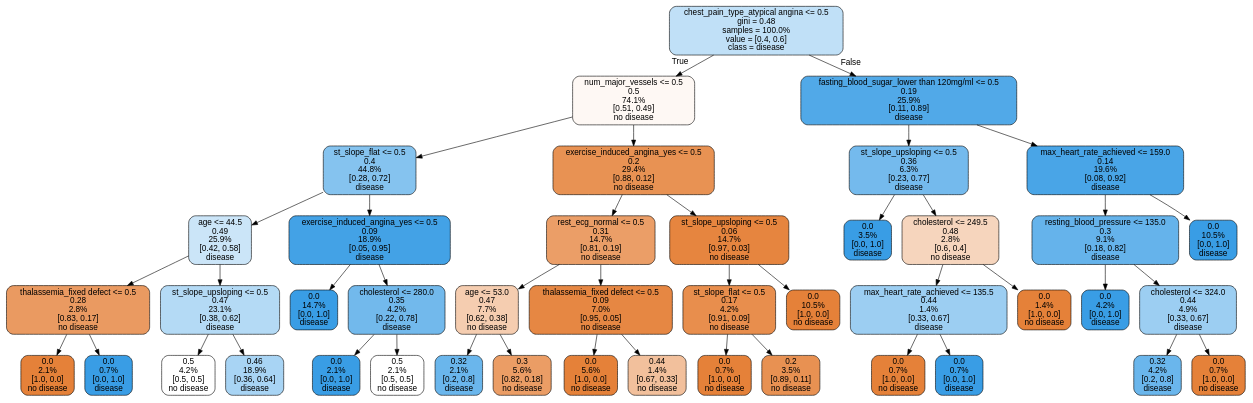
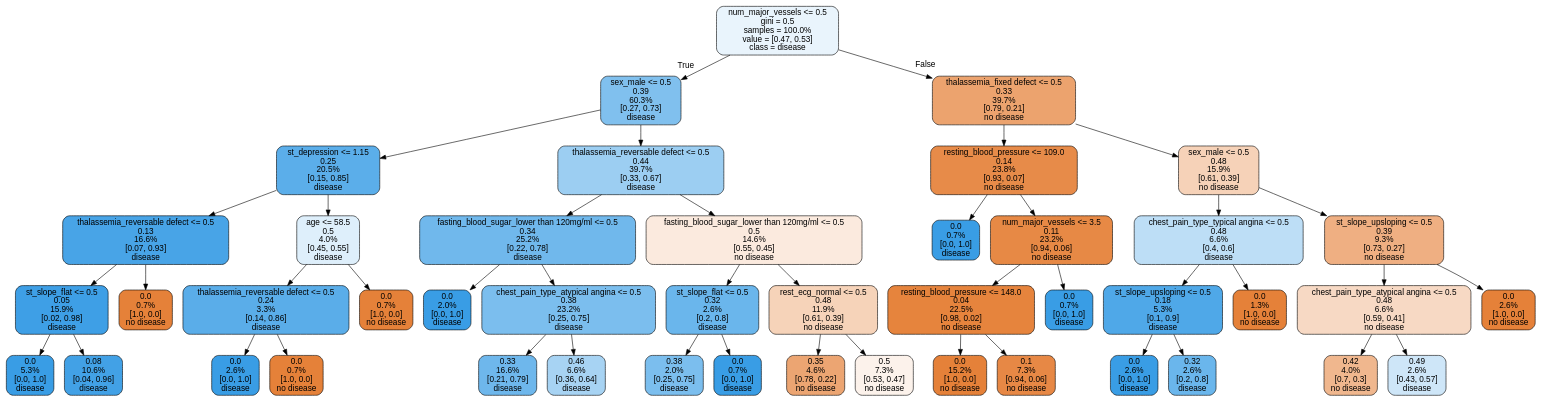
The diagram in tree.dot (rameshd-ai/Diagnosing-Heart-Disease), drawn with Graphviz before and after one commit. The commit also changed 4 other files, not shown here.

```diff
--- a/tree.dot
+++ b/tree.dot
@@ -1,89 +1,93 @@
 digraph Tree {
 node [shape=box, style="filled, rounded", color="black", fontname=helvetica] ;
 edge [fontname=helvetica] ;
-0 [label="chest_pain_type_atypical angina <= 0.5\ngini = 0.48\nsamples = 100.0%\nvalue = [0.4, 0.6]\nclass = disease", fillcolor="#c0e0f7"] ;
-1 [label="num_major_vessels <= 0.5\n0.5\n74.1%\n[0.51, 0.49]\nno disease", fillcolor="#fef8f4"] ;
+0 [label="num_major_vessels <= 0.5\ngini = 0.5\nsamples = 100.0%\nvalue = [0.47, 0.53]\nclass = disease", fillcolor="#e9f4fc"] ;
+1 [label="sex_male <= 0.5\n0.39\n60.3%\n[0.27, 0.73]\ndisease", fillcolor="#80c0ee"] ;
 0 -> 1 [labeldistance=2.5, labelangle=45, headlabel="True"] ;
-2 [label="st_slope_flat <= 0.5\n0.4\n44.8%\n[0.28, 0.72]\ndisease", fillcolor="#85c3ef"] ;
+2 [label="st_depression <= 1.15\n0.25\n20.5%\n[0.15, 0.85]\ndisease", fillcolor="#5baeea"] ;
 1 -> 2 ;
-3 [label="age <= 44.5\n0.49\n25.9%\n[0.42, 0.58]\ndisease", fillcolor="#cbe5f8"] ;
+3 [label="thalassemia_reversable defect <= 0.5\n0.13\n16.6%\n[0.07, 0.93]\ndisease", fillcolor="#48a4e7"] ;
 2 -> 3 ;
-4 [label="thalassemia_fixed defect <= 0.5\n0.28\n2.8%\n[0.83, 0.17]\nno disease", fillcolor="#ea9a61"] ;
+4 [label="st_slope_flat <= 0.5\n0.05\n15.9%\n[0.02, 0.98]\ndisease", fillcolor="#3e9fe6"] ;
 3 -> 4 ;
-5 [label="0.0\n2.1%\n[1.0, 0.0]\nno disease", fillcolor="#e58139"] ;
+5 [label="0.0\n5.3%\n[0.0, 1.0]\ndisease", fillcolor="#399de5"] ;
 4 -> 5 ;
-6 [label="0.0\n0.7%\n[0.0, 1.0]\ndisease", fillcolor="#399de5"] ;
+6 [label="0.08\n10.6%\n[0.04, 0.96]\ndisease", fillcolor="#42a1e6"] ;
 4 -> 6 ;
-7 [label="st_slope_upsloping <= 0.5\n0.47\n23.1%\n[0.38, 0.62]\ndisease", fillcolor="#b4daf5"] ;
+7 [label="0.0\n0.7%\n[1.0, 0.0]\nno disease", fillcolor="#e58139"] ;
 3 -> 7 ;
-8 [label="0.5\n4.2%\n[0.5, 0.5]\nno disease", fillcolor="#ffffff"] ;
-7 -> 8 ;
-9 [label="0.46\n18.9%\n[0.36, 0.64]\ndisease", fillcolor="#a8d4f4"] ;
-7 -> 9 ;
-10 [label="exercise_induced_angina_yes <= 0.5\n0.09\n18.9%\n[0.05, 0.95]\ndisease", fillcolor="#43a2e6"] ;
-2 -> 10 ;
-11 [label="0.0\n14.7%\n[0.0, 1.0]\ndisease", fillcolor="#399de5"] ;
-10 -> 11 ;
-12 [label="cholesterol <= 280.0\n0.35\n4.2%\n[0.22, 0.78]\ndisease", fillcolor="#72b9ec"] ;
-10 -> 12 ;
-13 [label="0.0\n2.1%\n[0.0, 1.0]\ndisease", fillcolor="#399de5"] ;
-12 -> 13 ;
-14 [label="0.5\n2.1%\n[0.5, 0.5]\nno disease", fillcolor="#ffffff"] ;
-12 -> 14 ;
-15 [label="exercise_induced_angina_yes <= 0.5\n0.2\n29.4%\n[0.88, 0.12]\nno disease", fillcolor="#e89253"] ;
-1 -> 15 ;
-16 [label="rest_ecg_normal <= 0.5\n0.31\n14.7%\n[0.81, 0.19]\nno disease", fillcolor="#eb9e67"] ;
-15 -> 16 ;
-17 [label="age <= 53.0\n0.47\n7.7%\n[0.62, 0.38]\nno disease", fillcolor="#f5cdb0"] ;
+8 [label="age <= 58.5\n0.5\n4.0%\n[0.45, 0.55]\ndisease", fillcolor="#deeffb"] ;
+2 -> 8 ;
+9 [label="thalassemia_reversable defect <= 0.5\n0.24\n3.3%\n[0.14, 0.86]\ndisease", fillcolor="#5aade9"] ;
+8 -> 9 ;
+10 [label="0.0\n2.6%\n[0.0, 1.0]\ndisease", fillcolor="#399de5"] ;
+9 -> 10 ;
+11 [label="0.0\n0.7%\n[1.0, 0.0]\nno disease", fillcolor="#e58139"] ;
+9 -> 11 ;
+12 [label="0.0\n0.7%\n[1.0, 0.0]\nno disease", fillcolor="#e58139"] ;
+8 -> 12 ;
+13 [label="thalassemia_reversable defect <= 0.5\n0.44\n39.7%\n[0.33, 0.67]\ndisease", fillcolor="#9ccef2"] ;
+1 -> 13 ;
+14 [label="fasting_blood_sugar_lower than 120mg/ml <= 0.5\n0.34\n25.2%\n[0.22, 0.78]\ndisease", fillcolor="#70b8ec"] ;
+13 -> 14 ;
+15 [label="0.0\n2.0%\n[0.0, 1.0]\ndisease", fillcolor="#399de5"] ;
+14 -> 15 ;
+16 [label="chest_pain_type_atypical angina <= 0.5\n0.38\n23.2%\n[0.25, 0.75]\ndisease", fillcolor="#7bbeee"] ;
+14 -> 16 ;
+17 [label="0.33\n16.6%\n[0.21, 0.79]\ndisease", fillcolor="#6eb7ec"] ;
 16 -> 17 ;
-18 [label="0.32\n2.1%\n[0.2, 0.8]\ndisease", fillcolor="#6ab6ec"] ;
-17 -> 18 ;
-19 [label="0.3\n5.6%\n[0.82, 0.18]\nno disease", fillcolor="#eb9d65"] ;
-17 -> 19 ;
-20 [label="thalassemia_fixed defect <= 0.5\n0.09\n7.0%\n[0.95, 0.05]\nno disease", fillcolor="#e68743"] ;
-16 -> 20 ;
-21 [label="0.0\n5.6%\n[1.0, 0.0]\nno disease", fillcolor="#e58139"] ;
+18 [label="0.46\n6.6%\n[0.36, 0.64]\ndisease", fillcolor="#a7d3f3"] ;
+16 -> 18 ;
+19 [label="fasting_blood_sugar_lower than 120mg/ml <= 0.5\n0.5\n14.6%\n[0.55, 0.45]\nno disease", fillcolor="#fbeade"] ;
+13 -> 19 ;
+20 [label="st_slope_flat <= 0.5\n0.32\n2.6%\n[0.2, 0.8]\ndisease", fillcolor="#6ab6ec"] ;
+19 -> 20 ;
+21 [label="0.38\n2.0%\n[0.25, 0.75]\ndisease", fillcolor="#7bbeee"] ;
 20 -> 21 ;
-22 [label="0.44\n1.4%\n[0.67, 0.33]\nno disease", fillcolor="#f2c09c"] ;
+22 [label="0.0\n0.7%\n[0.0, 1.0]\ndisease", fillcolor="#399de5"] ;
 20 -> 22 ;
-23 [label="st_slope_upsloping <= 0.5\n0.06\n14.7%\n[0.97, 0.03]\nno disease", fillcolor="#e6853f"] ;
-15 -> 23 ;
-24 [label="st_slope_flat <= 0.5\n0.17\n4.2%\n[0.91, 0.09]\nno disease", fillcolor="#e88e4d"] ;
+23 [label="rest_ecg_normal <= 0.5\n0.48\n11.9%\n[0.61, 0.39]\nno disease", fillcolor="#f6d3b9"] ;
+19 -> 23 ;
+24 [label="0.35\n4.6%\n[0.78, 0.22]\nno disease", fillcolor="#eca572"] ;
 23 -> 24 ;
-25 [label="0.0\n0.7%\n[1.0, 0.0]\nno disease", fillcolor="#e58139"] ;
-24 -> 25 ;
-26 [label="0.2\n3.5%\n[0.89, 0.11]\nno disease", fillcolor="#e89152"] ;
-24 -> 26 ;
-27 [label="0.0\n10.5%\n[1.0, 0.0]\nno disease", fillcolor="#e58139"] ;
-23 -> 27 ;
-28 [label="fasting_blood_sugar_lower than 120mg/ml <= 0.5\n0.19\n25.9%\n[0.11, 0.89]\ndisease", fillcolor="#51a9e8"] ;
-0 -> 28 [labeldistance=2.5, labelangle=-45, headlabel="False"] ;
-29 [label="st_slope_upsloping <= 0.5\n0.36\n6.3%\n[0.23, 0.77]\ndisease", fillcolor="#74baed"] ;
-28 -> 29 ;
-30 [label="0.0\n3.5%\n[0.0, 1.0]\ndisease", fillcolor="#399de5"] ;
+25 [label="0.5\n7.3%\n[0.53, 0.47]\nno disease", fillcolor="#fcf2eb"] ;
+23 -> 25 ;
+26 [label="thalassemia_fixed defect <= 0.5\n0.33\n39.7%\n[0.79, 0.21]\nno disease", fillcolor="#eca36e"] ;
+0 -> 26 [labeldistance=2.5, labelangle=-45, headlabel="False"] ;
+27 [label="resting_blood_pressure <= 109.0\n0.14\n23.8%\n[0.93, 0.07]\nno disease", fillcolor="#e78b49"] ;
+26 -> 27 ;
+28 [label="0.0\n0.7%\n[0.0, 1.0]\ndisease", fillcolor="#399de5"] ;
+27 -> 28 ;
+29 [label="num_major_vessels <= 3.5\n0.11\n23.2%\n[0.94, 0.06]\nno disease", fillcolor="#e78945"] ;
+27 -> 29 ;
+30 [label="resting_blood_pressure <= 148.0\n0.04\n22.5%\n[0.98, 0.02]\nno disease", fillcolor="#e6843d"] ;
 29 -> 30 ;
-31 [label="cholesterol <= 249.5\n0.48\n2.8%\n[0.6, 0.4]\nno disease", fillcolor="#f6d5bd"] ;
-29 -> 31 ;
-32 [label="max_heart_rate_achieved <= 135.5\n0.44\n1.4%\n[0.33, 0.67]\ndisease", fillcolor="#9ccef2"] ;
-31 -> 32 ;
-33 [label="0.0\n0.7%\n[1.0, 0.0]\nno disease", fillcolor="#e58139"] ;
-32 -> 33 ;
-34 [label="0.0\n0.7%\n[0.0, 1.0]\ndisease", fillcolor="#399de5"] ;
-32 -> 34 ;
-35 [label="0.0\n1.4%\n[1.0, 0.0]\nno disease", fillcolor="#e58139"] ;
-31 -> 35 ;
-36 [label="max_heart_rate_achieved <= 159.0\n0.14\n19.6%\n[0.08, 0.92]\ndisease", fillcolor="#49a5e7"] ;
-28 -> 36 ;
-37 [label="resting_blood_pressure <= 135.0\n0.3\n9.1%\n[0.18, 0.82]\ndisease", fillcolor="#65b3eb"] ;
+31 [label="0.0\n15.2%\n[1.0, 0.0]\nno disease", fillcolor="#e58139"] ;
+30 -> 31 ;
+32 [label="0.1\n7.3%\n[0.94, 0.06]\nno disease", fillcolor="#e78845"] ;
+30 -> 32 ;
+33 [label="0.0\n0.7%\n[0.0, 1.0]\ndisease", fillcolor="#399de5"] ;
+29 -> 33 ;
+34 [label="sex_male <= 0.5\n0.48\n15.9%\n[0.61, 0.39]\nno disease", fillcolor="#f6d2b8"] ;
+26 -> 34 ;
+35 [label="chest_pain_type_typical angina <= 0.5\n0.48\n6.6%\n[0.4, 0.6]\ndisease", fillcolor="#bddef6"] ;
+34 -> 35 ;
+36 [label="st_slope_upsloping <= 0.5\n0.18\n5.3%\n[0.1, 0.9]\ndisease", fillcolor="#4fa8e8"] ;
+35 -> 36 ;
+37 [label="0.0\n2.6%\n[0.0, 1.0]\ndisease", fillcolor="#399de5"] ;
 36 -> 37 ;
-38 [label="0.0\n4.2%\n[0.0, 1.0]\ndisease", fillcolor="#399de5"] ;
-37 -> 38 ;
-39 [label="cholesterol <= 324.0\n0.44\n4.9%\n[0.33, 0.67]\ndisease", fillcolor="#9ccef2"] ;
-37 -> 39 ;
-40 [label="0.32\n4.2%\n[0.2, 0.8]\ndisease", fillcolor="#6ab6ec"] ;
-39 -> 40 ;
-41 [label="0.0\n0.7%\n[1.0, 0.0]\nno disease", fillcolor="#e58139"] ;
-39 -> 41 ;
-42 [label="0.0\n10.5%\n[0.0, 1.0]\ndisease", fillcolor="#399de5"] ;
-36 -> 42 ;
+38 [label="0.32\n2.6%\n[0.2, 0.8]\ndisease", fillcolor="#6ab6ec"] ;
+36 -> 38 ;
+39 [label="0.0\n1.3%\n[1.0, 0.0]\nno disease", fillcolor="#e58139"] ;
+35 -> 39 ;
+40 [label="st_slope_upsloping <= 0.5\n0.39\n9.3%\n[0.73, 0.27]\nno disease", fillcolor="#efaf82"] ;
+34 -> 40 ;
+41 [label="chest_pain_type_atypical angina <= 0.5\n0.48\n6.6%\n[0.59, 0.41]\nno disease", fillcolor="#f7d9c4"] ;
+40 -> 41 ;
+42 [label="0.42\n4.0%\n[0.7, 0.3]\nno disease", fillcolor="#f0b78e"] ;
+41 -> 42 ;
+43 [label="0.49\n2.6%\n[0.43, 0.57]\ndisease", fillcolor="#cee6f8"] ;
+41 -> 43 ;
+44 [label="0.0\n2.6%\n[1.0, 0.0]\nno disease", fillcolor="#e58139"] ;
+40 -> 44 ;
 }
```
